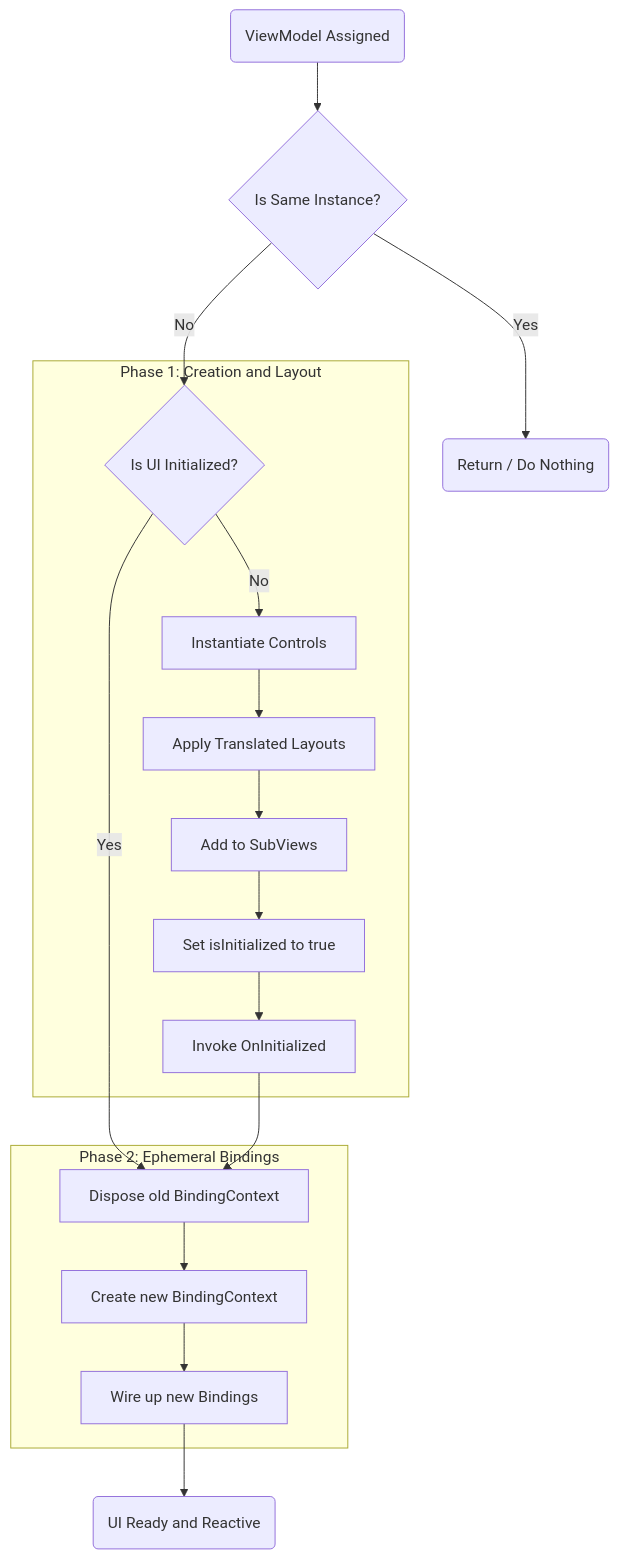
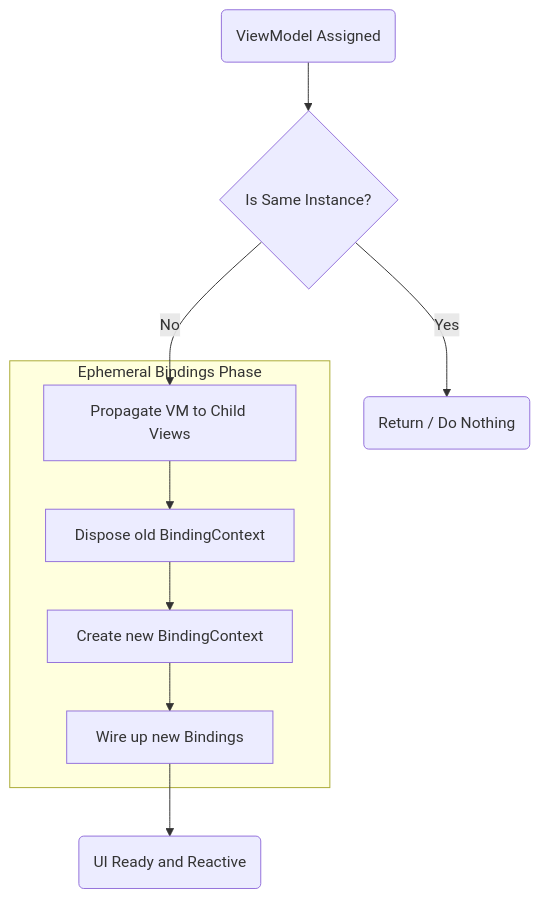
Before and after one commit to jamesshenry/Terminal.Gui.Stanza: the second of 2 diagrams in docs/03-generator-lifecycle.md, drawn with Mermaid. The commit also changed other lines of this file and 34 other files, not shown here.

````diff
--- a/docs/03-generator-lifecycle.md
+++ b/docs/03-generator-lifecycle.md
@@ -86,40 +58,25 @@
 ```mermaid
 graph TD
   %% Node Definitions
   Start(ViewModel Assigned)
   CheckSame{Is Same Instance?}
   EndSame(Return / Do Nothing)
-  CheckInit{Is UI Initialized?}
-  Inst[Instantiate Controls]
-  Layout[Apply Translated Layouts]
-  AddSub[Add to SubViews]
-  Flag[Set isInitialized to true]
-  Hook[Invoke OnInitialized]
+  Propagate[Propagate VM to Child Views]
   DisposeCtx[Dispose old BindingContext]
   NewCtx[Create new BindingContext]
   Apply[Wire up new Bindings]
   EndReady(UI Ready and Reactive)
 
   %% Flow and Subgraphs
   Start --> CheckSame
   CheckSame -- Yes --> EndSame
-  CheckSame -- No --> CheckInit
+  CheckSame -- No --> Propagate
   
-  subgraph Phase 1: Creation and Layout
-      CheckInit -- No --> Inst
-      Inst --> Layout
-      Layout --> AddSub
-      AddSub --> Flag
-      Flag --> Hook
-  end
-
-  CheckInit -- Yes --> DisposeCtx
-  Hook --> DisposeCtx
-
-  subgraph Phase 2: Ephemeral Bindings
+  subgraph Ephemeral Bindings Phase
+      Propagate --> DisposeCtx
       DisposeCtx --> NewCtx
       NewCtx --> Apply
   end
   
   Apply --> EndReady
 ```
````
